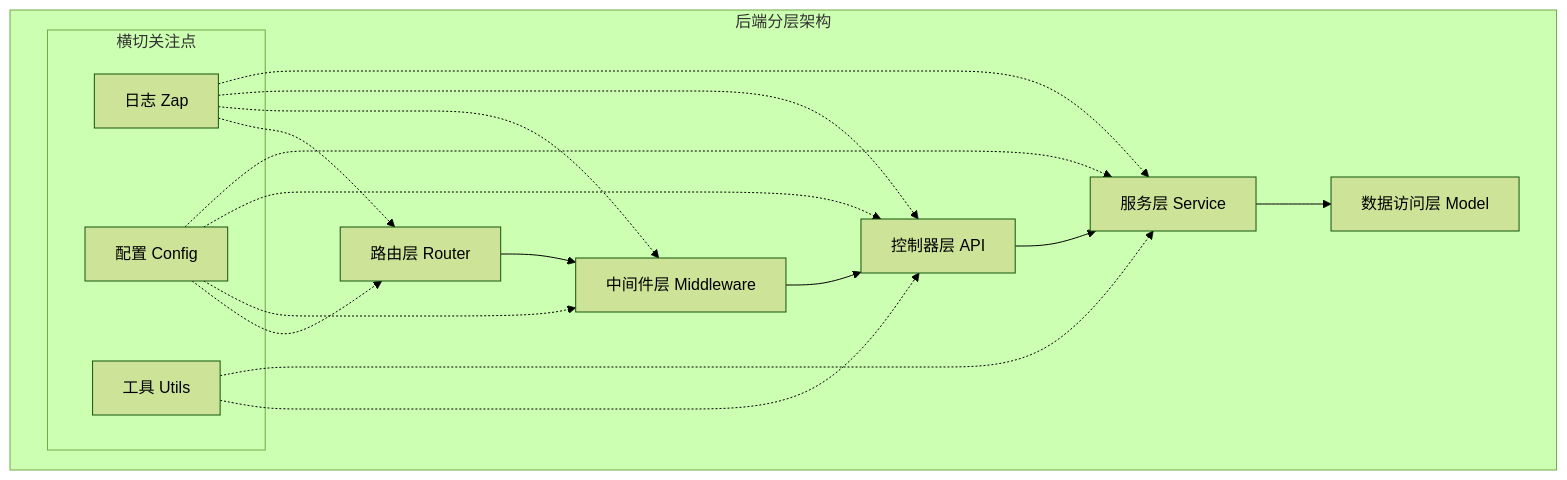
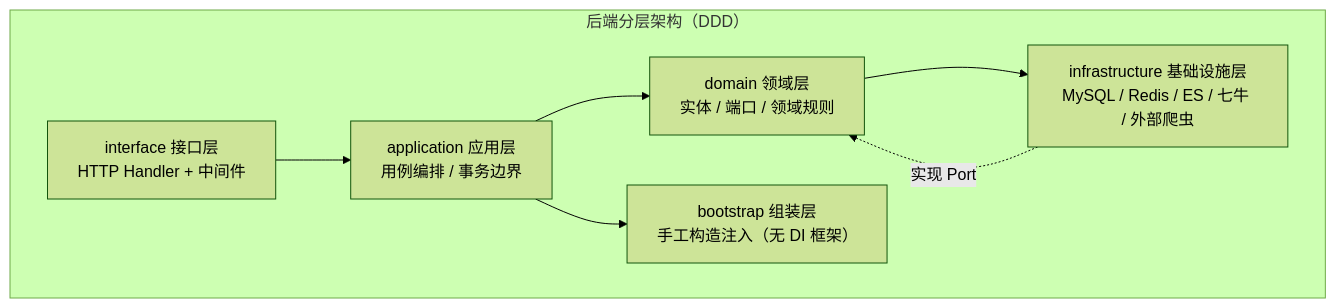
One commit to KOIOIO/MyBlog changed the third of 6 diagrams in Readme.md. Above: the diagram before and after it, drawn with Mermaid (forest theme). The commit also changed other lines of this file and 297 other files, not shown here.

````diff
--- a/Readme.md
+++ b/Readme.md
@@ -222,28 +222,10 @@
 ```mermaid
 graph TB
-    subgraph "后端分层架构"
-        A["路由层 Router"] --> B["中间件层 Middleware"]
-        B --> C["控制器层 API"]
-        C --> D["服务层 Service"]
-        D --> E["数据访问层 Model"]
-        
-        subgraph "横切关注点"
-            F["日志 Zap"]
-            G["配置 Config"]
-            H["工具 Utils"]
-        end
-        
-        F -.-> A
-        F -.-> B
-        F -.-> C
-        F -.-> D
-        
-        G -.-> A
-        G -.-> B
-        G -.-> C
-        G -.-> D
-        
-        H -.-> C
-        H -.-> D
+    subgraph "后端分层架构（DDD）"
+        A["interface 接口层<br/>HTTP Handler + 中间件"] --> B["application 应用层<br/>用例编排 / 事务边界"]
+        B --> C["domain 领域层<br/>实体 / 端口 / 领域规则"]
+        C --> D["infrastructure 基础设施层<br/>MySQL / Redis / ES / 七牛 / 外部爬虫"]
+        D -.->|实现 Port| C
+        B --> E["bootstrap 组装层<br/>手工构造注入（无 DI 框架）"]
     end
 ```
````
